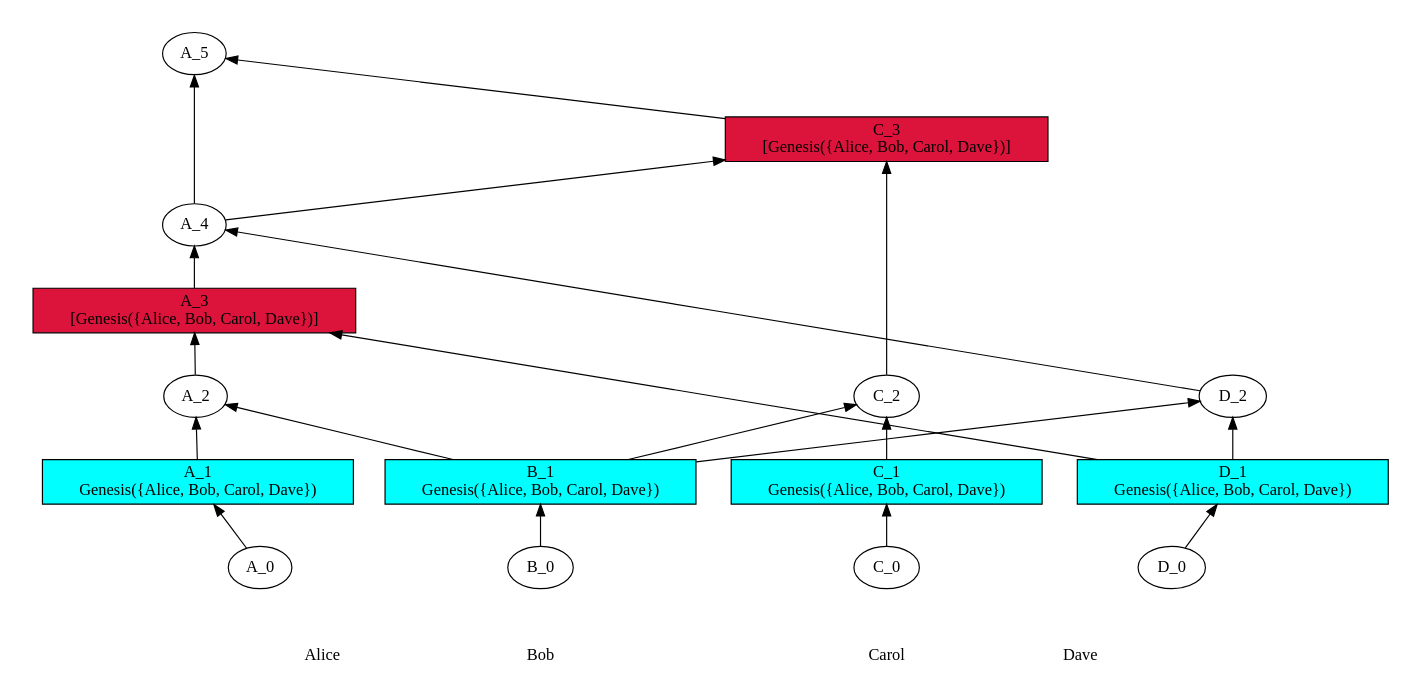
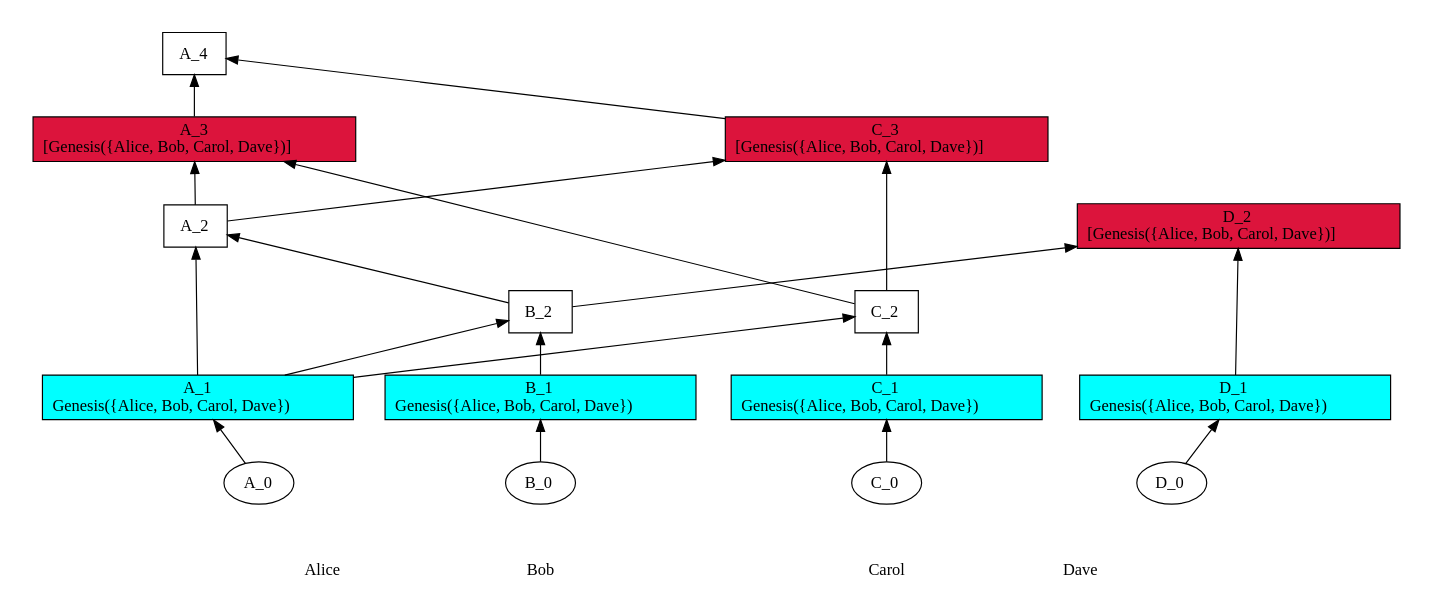
Before and after one commit to u-amine/parsec: the diagram in input_graphs/parsec_functional_tests_handle_malice_invalid_accusation/alice.dot, drawn with Graphviz. The commit also changed 26 other files, not shown here.

```diff
--- a/input_graphs/parsec_functional_tests_handle_malice_invalid_accusation/alice.dot
+++ b/input_graphs/parsec_functional_tests_handle_malice_invalid_accusation/alice.dot
@@ -1,168 +1,224 @@
+/// our_id: Alice
+/// peer_list: {
+///   Alice; PeerState(VOTE|SEND|RECV); peers: {}
+///   Bob; PeerState(VOTE|SEND|RECV); peers: {Alice, Bob, Carol, Dave}
+///   Carol; PeerState(VOTE|SEND|RECV); peers: {Alice, Bob, Carol, Dave}
+///   Dave; PeerState(VOTE|SEND|RECV); peers: {Alice, Bob, Carol, Dave}
+/// }
 digraph GossipGraph {
   splines=false
   rankdir=BT
-/// our_id: Alice
-/// peer_states: {Alice: "PeerState(VOTE|SEND|RECV)", Bob: "PeerState(VOTE|SEND|RECV)", Carol: "PeerState(VOTE|SEND|RECV)", Dave: "PeerState(VOTE|SEND|RECV)"}
-/// { 30d7e4394d..
-/// cause: Initial
-/// interesting_content: []
-/// last_ancestors: {Alice: 0}
-/// }
-/// { 36099e4269..
-/// cause: Observation(Genesis({Alice, Bob, Carol, Dave}))
-/// interesting_content: []
-/// last_ancestors: {Carol: 1}
-/// }
-/// { 4541f98755..
-/// cause: Initial
-/// interesting_content: []
-/// last_ancestors: {Dave: 0}
-/// }
-/// { 59735e66d0..
-/// cause: Request
-/// interesting_content: []
-/// last_ancestors: {Alice: 4, Bob: 1, Dave: 2}
-/// }
-/// { 682aa6684e..
-/// cause: Observation(Genesis({Alice, Bob, Carol, Dave}))
-/// interesting_content: []
-/// last_ancestors: {Bob: 1}
-/// }
-/// { 80b9b8f122..
-/// cause: Request
-/// interesting_content: []
-/// last_ancestors: {Alice: 2, Bob: 1}
-/// }
-/// { 83dc5a58b7..
-/// cause: Request
-/// interesting_content: [Genesis({Alice, Bob, Carol, Dave})]
-/// last_ancestors: {Alice: 3, Bob: 1, Dave: 1}
-/// }
-/// { af91fcff5e..
-/// cause: Observation(Genesis({Alice, Bob, Carol, Dave}))
-/// interesting_content: []
-/// last_ancestors: {Dave: 1}
-/// }
-/// { b8b549049f..
-/// cause: Response
-/// interesting_content: []
-/// last_ancestors: {Alice: 5, Bob: 1, Carol: 3, Dave: 2}
-/// }
-/// { bd0fe471c9..
-/// cause: Request
-/// interesting_content: [Genesis({Alice, Bob, Carol, Dave})]
-/// last_ancestors: {Alice: 4, Bob: 1, Carol: 3, Dave: 2}
-/// }
-/// { dc8296fe22..
-/// cause: Initial
-/// interesting_content: []
-/// last_ancestors: {Bob: 0}
-/// }
-/// { e2873d8612..
-/// cause: Observation(Genesis({Alice, Bob, Carol, Dave}))
-/// interesting_content: []
-/// last_ancestors: {Alice: 1}
-/// }
-/// { eedba06154..
-/// cause: Request
-/// interesting_content: []
-/// last_ancestors: {Bob: 1, Dave: 2}
-/// }
-/// { fa13ad61fd..
-/// cause: Initial
-/// interesting_content: []
-/// last_ancestors: {Carol: 0}
-/// }
-/// { fbb0f444d5..
-/// cause: Request
-/// interesting_content: []
-/// last_ancestors: {Bob: 1, Carol: 2}
-/// }
-    style=invis
+
+  style=invis
   subgraph cluster_Alice {
     label=Alice
     Alice [style=invis]
-    Alice -> "30d7e4394d.." [style=invis]
-    "30d7e4394d.." -> "e2873d8612.." [minlen=1]
-    "e2873d8612.." -> "80b9b8f122.." [minlen=1]
-    "80b9b8f122.." -> "83dc5a58b7.." [minlen=1]
-    "83dc5a58b7.." -> "59735e66d0.." [minlen=1]
-    "59735e66d0.." -> "b8b549049f.." [minlen=2]
-    
+    "Alice" -> "A_0" [style=invis]
+    "A_0" -> "A_1" [minlen=1]
+    "A_1" -> "A_2" [minlen=2]
+    "A_2" -> "A_3" [minlen=1]
+    "A_3" -> "A_4" [minlen=1]
   }
-  "682aa6684e.." -> "80b9b8f122.." [constraint=false]
-  "af91fcff5e.." -> "83dc5a58b7.." [constraint=false]
-  "eedba06154.." -> "59735e66d0.." [constraint=false]
-  "bd0fe471c9.." -> "b8b549049f.." [constraint=false]
-  
-    style=invis
+  "B_2" -> "A_2" [constraint=false]
+  "C_2" -> "A_3" [constraint=false]
+  "C_3" -> "A_4" [constraint=false]
+
+  style=invis
+  subgraph cluster_Bob {
+    label=Bob
+    Bob [style=invis]
+    "Bob" -> "B_0" [style=invis]
+    "B_0" -> "B_1" [minlen=1]
+    "B_1" -> "B_2" [minlen=1]
+  }
+  "A_1" -> "B_2" [constraint=false]
+
+  style=invis
+  subgraph cluster_Carol {
+    label=Carol
+    Carol [style=invis]
+    "Carol" -> "C_0" [style=invis]
+    "C_0" -> "C_1" [minlen=1]
+    "C_1" -> "C_2" [minlen=1]
+    "C_2" -> "C_3" [minlen=2]
+  }
+  "A_1" -> "C_2" [constraint=false]
+  "A_2" -> "C_3" [constraint=false]
+
+  style=invis
   subgraph cluster_Dave {
     label=Dave
     Dave [style=invis]
-    Dave -> "4541f98755.." [style=invis]
-    "4541f98755.." -> "af91fcff5e.." [minlen=1]
-    "af91fcff5e.." -> "eedba06154.." [minlen=1]
-
+    "Dave" -> "D_0" [style=invis]
+    "D_0" -> "D_1" [minlen=1]
+    "D_1" -> "D_2" [minlen=2]
   }
-  "682aa6684e.." -> "eedba06154.." [constraint=false]
-  
-    style=invis
-  subgraph cluster_Bob {
-    label=Bob
-    Bob [style=invis]
-    Bob -> "dc8296fe22.." [style=invis]
-    "dc8296fe22.." -> "682aa6684e.." [minlen=1]
-
-  }
-  
-    style=invis
-  subgraph cluster_Carol {
-    label=Carol
-    Carol [style=invis]
-    Carol -> "fa13ad61fd.." [style=invis]
-    "fa13ad61fd.." -> "36099e4269.." [minlen=1]
-    "36099e4269.." -> "fbb0f444d5.." [minlen=1]
-    "fbb0f444d5.." -> "bd0fe471c9.." [minlen=3]
-
-  }
-  "682aa6684e.." -> "fbb0f444d5.." [constraint=false]
-  "59735e66d0.." -> "bd0fe471c9.." [constraint=false]
-  
-/// meta-vote section
- "30d7e4394d.." [fillcolor=white, label="A_0"]
- "36099e4269.." [fillcolor=white, label="C_1
-Genesis({Alice, Bob, Carol, Dave})"]
- "36099e4269.." [shape=rectangle, style=filled, fillcolor=cyan]
- "4541f98755.." [fillcolor=white, label="D_0"]
- "59735e66d0.." [fillcolor=white, label="A_4"]
- "682aa6684e.." [fillcolor=white, label="B_1
-Genesis({Alice, Bob, Carol, Dave})"]
- "682aa6684e.." [shape=rectangle, style=filled, fillcolor=cyan]
- "80b9b8f122.." [fillcolor=white, label="A_2"]
- "83dc5a58b7.." [fillcolor=white, label="A_3
-[Genesis({Alice, Bob, Carol, Dave})]"]
- "83dc5a58b7.." [shape=rectangle, style=filled, fillcolor=crimson]
- "af91fcff5e.." [fillcolor=white, label="D_1
-Genesis({Alice, Bob, Carol, Dave})"]
- "af91fcff5e.." [shape=rectangle, style=filled, fillcolor=cyan]
- "b8b549049f.." [fillcolor=white, label="A_5"]
- "bd0fe471c9.." [fillcolor=white, label="C_3
-[Genesis({Alice, Bob, Carol, Dave})]"]
- "bd0fe471c9.." [shape=rectangle, style=filled, fillcolor=crimson]
- "dc8296fe22.." [fillcolor=white, label="B_0"]
- "e2873d8612.." [fillcolor=white, label="A_1
-Genesis({Alice, Bob, Carol, Dave})"]
- "e2873d8612.." [shape=rectangle, style=filled, fillcolor=cyan]
- "eedba06154.." [fillcolor=white, label="D_2"]
- "fa13ad61fd.." [fillcolor=white, label="C_0"]
- "fbb0f444d5.." [fillcolor=white, label="C_2"]
+  "B_2" -> "D_2" [constraint=false]
 
   {
     rank=same
     Alice [style=filled, color=white]
-    Dave [style=filled, color=white]
     Bob [style=filled, color=white]
     Carol [style=filled, color=white]
+    Dave [style=filled, color=white]
   }
   Alice -> Bob -> Carol -> Dave [style=invis]
+
+/// ===== details of events =====
+  "A_0" [fillcolor=white, label=<<table border="0" cellborder="0" cellpadding="0" cellspacing="0">
+<tr><td colspan="6">A_0</td></tr>
+</table>>]
+/// cause: Initial
+/// last_ancestors: {Alice: 0}
+
+  "A_1" [style=filled, fillcolor=cyan, shape=rectangle, label=<<table border="0" cellborder="0" cellpadding="0" cellspacing="0">
+<tr><td colspan="6">A_1</td></tr>
+<tr><td colspan="6">Genesis({Alice, Bob, Carol, Dave})</td></tr>
+</table>>]
+/// cause: Observation(Genesis({Alice, Bob, Carol, Dave}))
+/// last_ancestors: {Alice: 1}
+
+  "A_2" [fillcolor=white, shape=rectangle, label=<<table border="0" cellborder="0" cellpadding="0" cellspacing="0">
+<tr><td colspan="6">A_2</td></tr>
+</table>>]
+/// cause: Response
+/// last_ancestors: {Alice: 2, Bob: 2}
+
+  "A_3" [style=filled, fillcolor=crimson, shape=rectangle, label=<<table border="0" cellborder="0" cellpadding="0" cellspacing="0">
+<tr><td colspan="6">A_3</td></tr>
+<tr><td colspan="6">[Genesis({Alice, Bob, Carol, Dave})]</td></tr></table>>]
+/// cause: Response
+/// last_ancestors: {Alice: 3, Bob: 2, Carol: 2}
+
+  "A_4" [fillcolor=white, shape=rectangle, label=<<table border="0" cellborder="0" cellpadding="0" cellspacing="0">
+<tr><td colspan="6">A_4</td></tr>
+</table>>]
+/// cause: Response
+/// last_ancestors: {Alice: 4, Bob: 2, Carol: 3}
+
+  "B_0" [fillcolor=white, label=<<table border="0" cellborder="0" cellpadding="0" cellspacing="0">
+<tr><td colspan="6">B_0</td></tr>
+</table>>]
+/// cause: Initial
+/// last_ancestors: {Bob: 0}
+
+  "B_1" [style=filled, fillcolor=cyan, shape=rectangle, label=<<table border="0" cellborder="0" cellpadding="0" cellspacing="0">
+<tr><td colspan="6">B_1</td></tr>
+<tr><td colspan="6">Genesis({Alice, Bob, Carol, Dave})</td></tr>
+</table>>]
+/// cause: Observation(Genesis({Alice, Bob, Carol, Dave}))
+/// last_ancestors: {Bob: 1}
+
+  "B_2" [fillcolor=white, shape=rectangle, label=<<table border="0" cellborder="0" cellpadding="0" cellspacing="0">
+<tr><td colspan="6">B_2</td></tr>
+</table>>]
+/// cause: Request
+/// last_ancestors: {Alice: 1, Bob: 2}
+
+  "C_0" [fillcolor=white, label=<<table border="0" cellborder="0" cellpadding="0" cellspacing="0">
+<tr><td colspan="6">C_0</td></tr>
+</table>>]
+/// cause: Initial
+/// last_ancestors: {Carol: 0}
+
+  "C_1" [style=filled, fillcolor=cyan, shape=rectangle, label=<<table border="0" cellborder="0" cellpadding="0" cellspacing="0">
+<tr><td colspan="6">C_1</td></tr>
+<tr><td colspan="6">Genesis({Alice, Bob, Carol, Dave})</td></tr>
+</table>>]
+/// cause: Observation(Genesis({Alice, Bob, Carol, Dave}))
+/// last_ancestors: {Carol: 1}
+
+  "C_2" [fillcolor=white, shape=rectangle, label=<<table border="0" cellborder="0" cellpadding="0" cellspacing="0">
+<tr><td colspan="6">C_2</td></tr>
+</table>>]
+/// cause: Request
+/// last_ancestors: {Alice: 1, Carol: 2}
+
+  "C_3" [style=filled, fillcolor=crimson, shape=rectangle, label=<<table border="0" cellborder="0" cellpadding="0" cellspacing="0">
+<tr><td colspan="6">C_3</td></tr>
+<tr><td colspan="6">[Genesis({Alice, Bob, Carol, Dave})]</td></tr></table>>]
+/// cause: Request
+/// last_ancestors: {Alice: 2, Bob: 2, Carol: 3}
+
+  "D_0" [fillcolor=white, label=<<table border="0" cellborder="0" cellpadding="0" cellspacing="0">
+<tr><td colspan="6">D_0</td></tr>
+</table>>]
+/// cause: Initial
+/// last_ancestors: {Dave: 0}
+
+  "D_1" [style=filled, fillcolor=cyan, shape=rectangle, label=<<table border="0" cellborder="0" cellpadding="0" cellspacing="0">
+<tr><td colspan="6">D_1</td></tr>
+<tr><td colspan="6">Genesis({Alice, Bob, Carol, Dave})</td></tr>
+</table>>]
+/// cause: Observation(Genesis({Alice, Bob, Carol, Dave}))
+/// last_ancestors: {Dave: 1}
+
+  "D_2" [style=filled, fillcolor=crimson, shape=rectangle, label=<<table border="0" cellborder="0" cellpadding="0" cellspacing="0">
+<tr><td colspan="6">D_2</td></tr>
+<tr><td colspan="6">[Genesis({Alice, Bob, Carol, Dave})]</td></tr></table>>]
+/// cause: Request
+/// last_ancestors: {Alice: 1, Bob: 2, Dave: 2}
+
 }
+
+/// ===== meta-elections =====
+/// consensus_history:
+
+/// MetaElectionHandle(CURRENT)
+/// consensus_len: 0
+/// round_hashes: {
+///   Alice -> [
+///     RoundHash { round: 0, latest_block_hash: 0000000000000000000000000000000000000000000000000000000000000000 }
+///   ]
+///   Bob -> [
+///     RoundHash { round: 0, latest_block_hash: 0000000000000000000000000000000000000000000000000000000000000000 }
+///   ]
+///   Carol -> [
+///     RoundHash { round: 0, latest_block_hash: 0000000000000000000000000000000000000000000000000000000000000000 }
+///   ]
+///   Dave -> [
+///     RoundHash { round: 0, latest_block_hash: 0000000000000000000000000000000000000000000000000000000000000000 }
+///   ]
+/// }
+/// interesting_events: {
+///   Alice -> ["A_3"]
+///   Bob -> ["B_3"]
+///   Carol -> ["C_3"]
+///   Dave -> ["D_2"]
+/// }
+/// all_voters: {Alice, Bob, Carol, Dave}
+/// undecided_voters: {Alice, Bob, Carol, Dave}
+/// meta_events: {
+///   A_1 -> {
+///     observees: {}
+///     interesting_content: []
+///   }
+///   A_2 -> {
+///     observees: {}
+///     interesting_content: []
+///   }
+///   A_3 -> {
+///     observees: {}
+///     interesting_content: [Genesis({Alice, Bob, Carol, Dave})]
+///   }
+///   A_4 -> {
+///     observees: {}
+///     interesting_content: []
+///   }
+///   B_1 -> {
+///     observees: {}
+///     interesting_content: []
+///   }
+///   B_3 -> {
+///     observees: {}
+///     interesting_content: [Genesis({Alice, Bob, Carol, Dave})]
+///   }
+///   C_3 -> {
+///     observees: {}
+///     interesting_content: [Genesis({Alice, Bob, Carol, Dave})]
+///   }
+///   D_2 -> {
+///     observees: {}
+///     interesting_content: [Genesis({Alice, Bob, Carol, Dave})]
+///   }
+/// }
```
